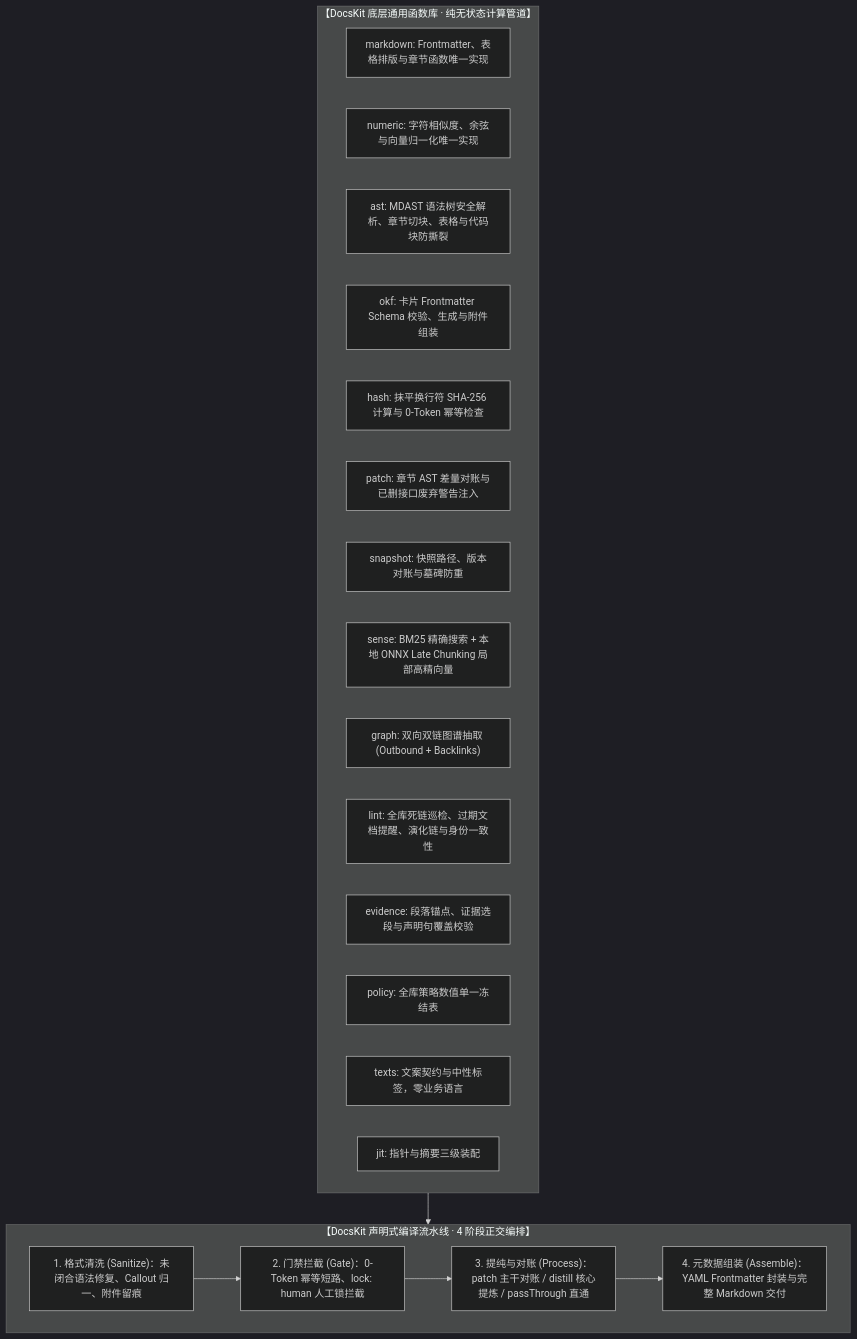
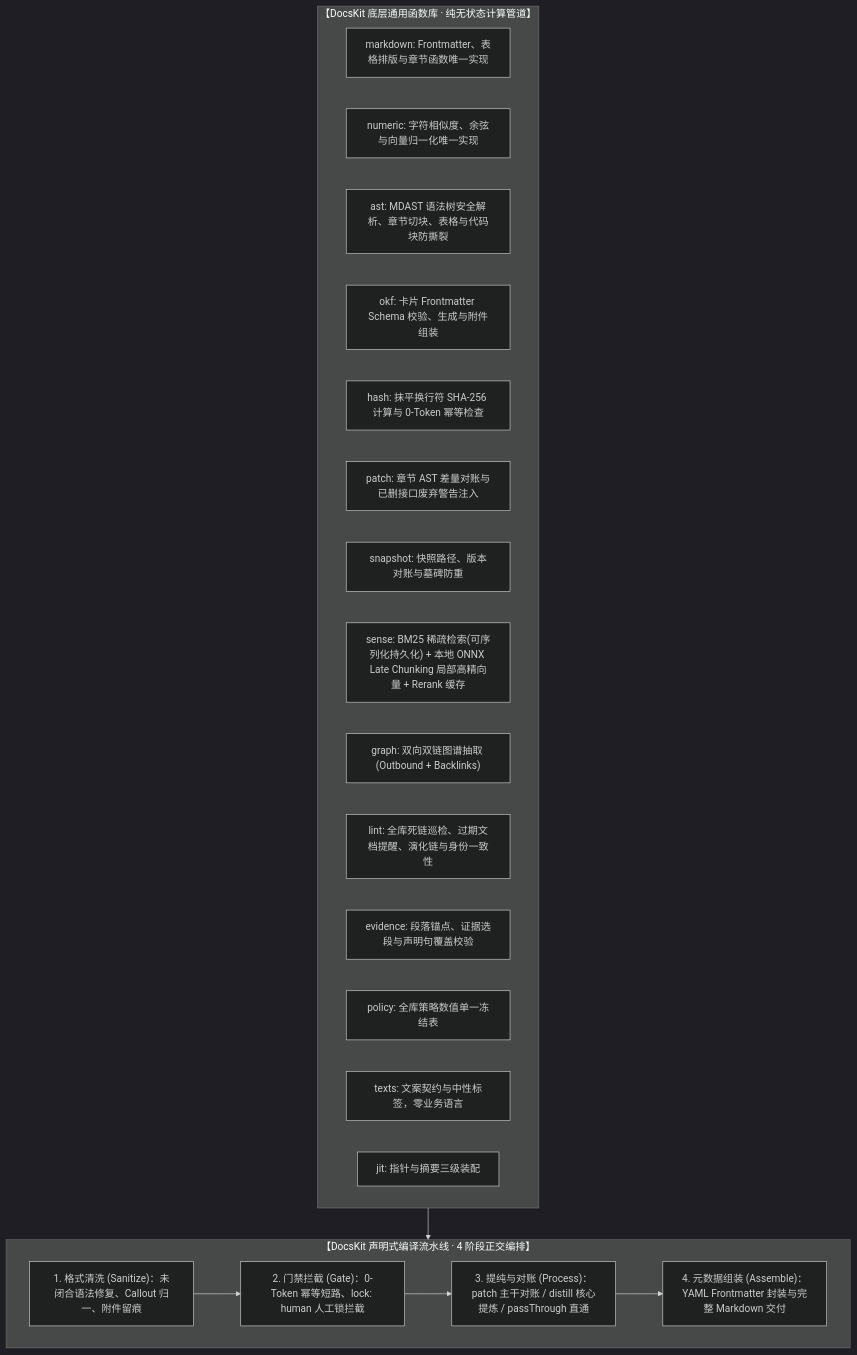
One commit to Mintnoii/DocsKit changed the diagram in docs/CAPABILITIES.md. Above: the diagram before and after it, drawn with Mermaid (dark theme). The commit also changed 10 other files, not shown here.

````diff
--- a/docs/CAPABILITIES.md
+++ b/docs/CAPABILITIES.md
@@ -8,29 +8,29 @@
 ```mermaid
 flowchart TD
     subgraph Core["【DocsKit 底层通用函数库 · 纯无状态计算管道】"]
         MarkdownOp["markdown: Frontmatter、表格排版与章节函数唯一实现"]
         NumericOp["numeric: 字符相似度、余弦与向量归一化唯一实现"]
         ASTOp["ast: MDAST 语法树安全解析、章节切块、表格与代码块防撕裂"]
         OKFOp["okf: 卡片 Frontmatter Schema 校验、生成与附件组装"]
         HashOp["hash: 抹平换行符 SHA-256 计算与 0-Token 幂等检查"]
         PatchOp["patch: 章节 AST 差量对账与已删接口废弃警告注入"]
         SnapshotOp["snapshot: 快照路径、版本对账与墓碑防重"]
-        SenseOp["sense: BM25 精确搜索 + 本地 ONNX Late Chunking 局部高精向量"]
+        SenseOp["sense: BM25 稀疏检索(可序列化持久化) + 本地 ONNX Late Chunking 局部高精向量 + Rerank 缓存"]
         GraphOp["graph: 双向双链图谱抽取 (Outbound + Backlinks)"]
         LintOp["lint: 全库死链巡检、过期文档提醒、演化链与身份一致性"]
         EvidenceOp["evidence: 段落锚点、证据选段与声明句覆盖校验"]
         PolicyOp["policy: 全库策略数值单一冻结表"]
         TextsOp["texts: 文案契约与中性标签，零业务语言"]
         JITOp["jit: 指针与摘要三级装配"]
     end
 
     subgraph Pipeline["【DocsKit 声明式编译流水线 · 4 阶段正交编排】"]
         S1["1. 格式清洗 (Sanitize)：未闭合语法修复、Callout 归一、附件留痕"]
         S2["2. 门禁拦截 (Gate)：0-Token 幂等短路、lock: human 人工锁拦截"]
         S3["3. 提纯与对账 (Process)：patch 主干对账 / distill 核心提炼 / passThrough 直通"]
         S4["4. 元数据组装 (Assemble)：YAML Frontmatter 封装与完整 Markdown 交付"]
         S1 --> S2 --> S3 --> S4
     end
 
     Core --> Pipeline
 ```
````
